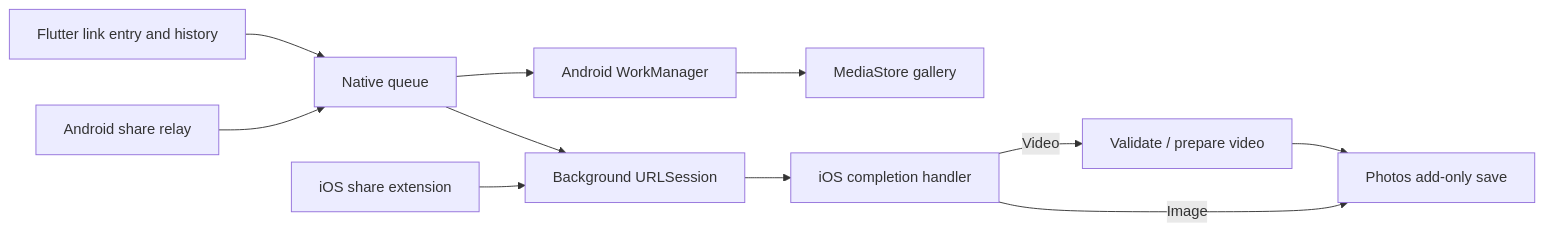
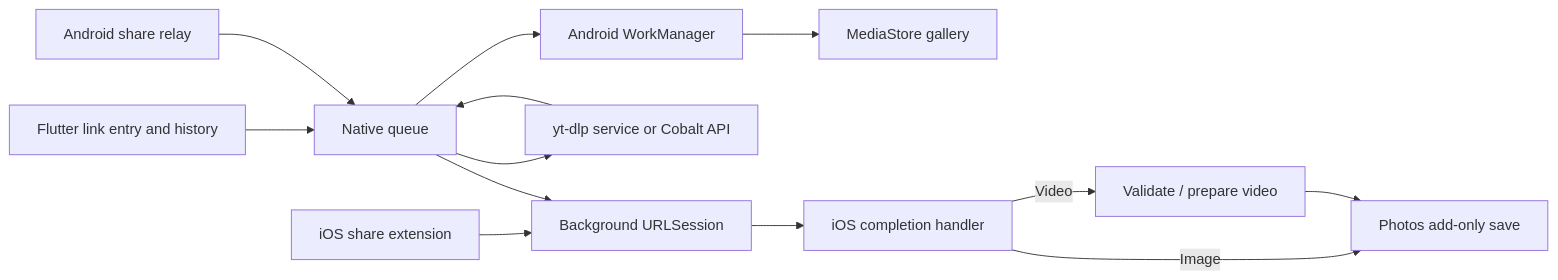
The diagram in README.md (stardewjames/maiDL), drawn with Mermaid before and after one commit. The commit also changed other lines of this file and 30 other files, not shown here.

Commit message:
Add social link resolver with yt-dlp and Cobalt backends

````diff
--- a/README.md
+++ b/README.md
@@ -122,13 +136,15 @@
 ```mermaid
 flowchart LR
     UI[Flutter link entry and history] --> Native[Native queue]
     AndroidShare[Android share relay] --> Native
     IOSShare[iOS share extension] --> Session[Background URLSession]
+    Native --> Resolver[yt-dlp service or Cobalt API]
+    Resolver --> Native
     Native --> Worker[Android WorkManager]
     Native --> Session
     Worker --> Store[MediaStore gallery]
     Session --> Completion[iOS completion handler]
     Completion -->|Video| Preparation[Validate / prepare video]
     Completion -->|Image| Photos[Photos add-only save]
     Preparation --> Photos
 ```
````
